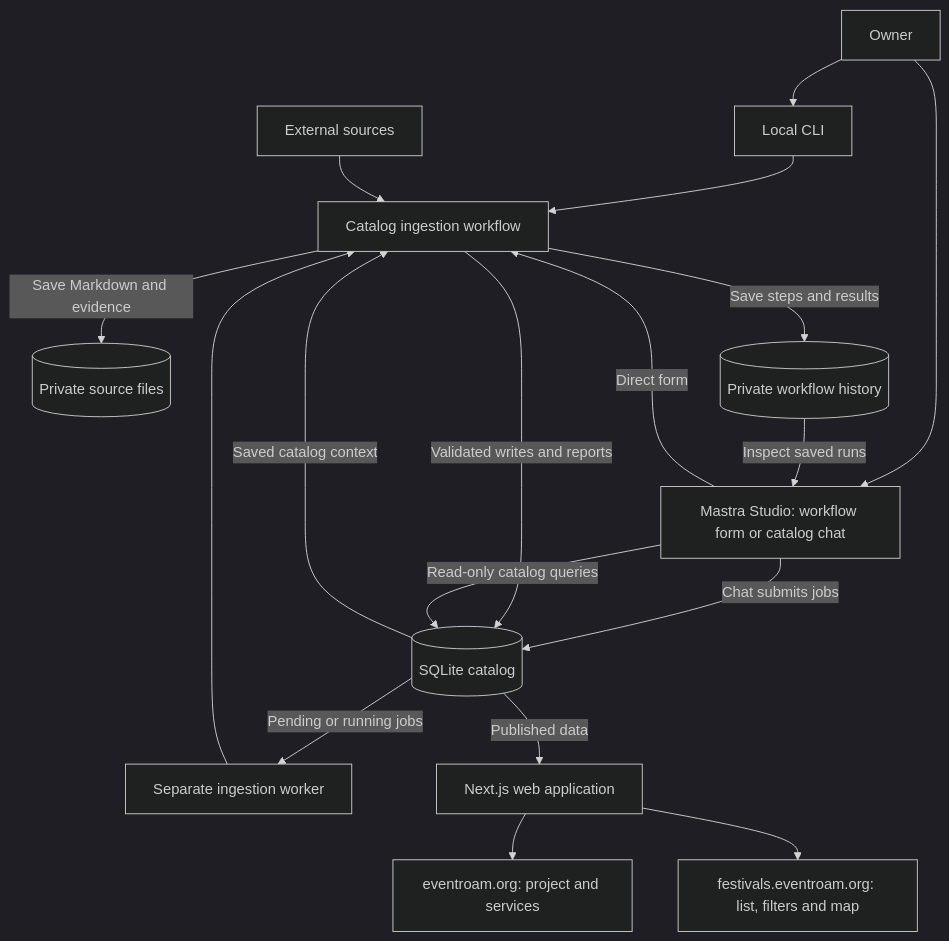
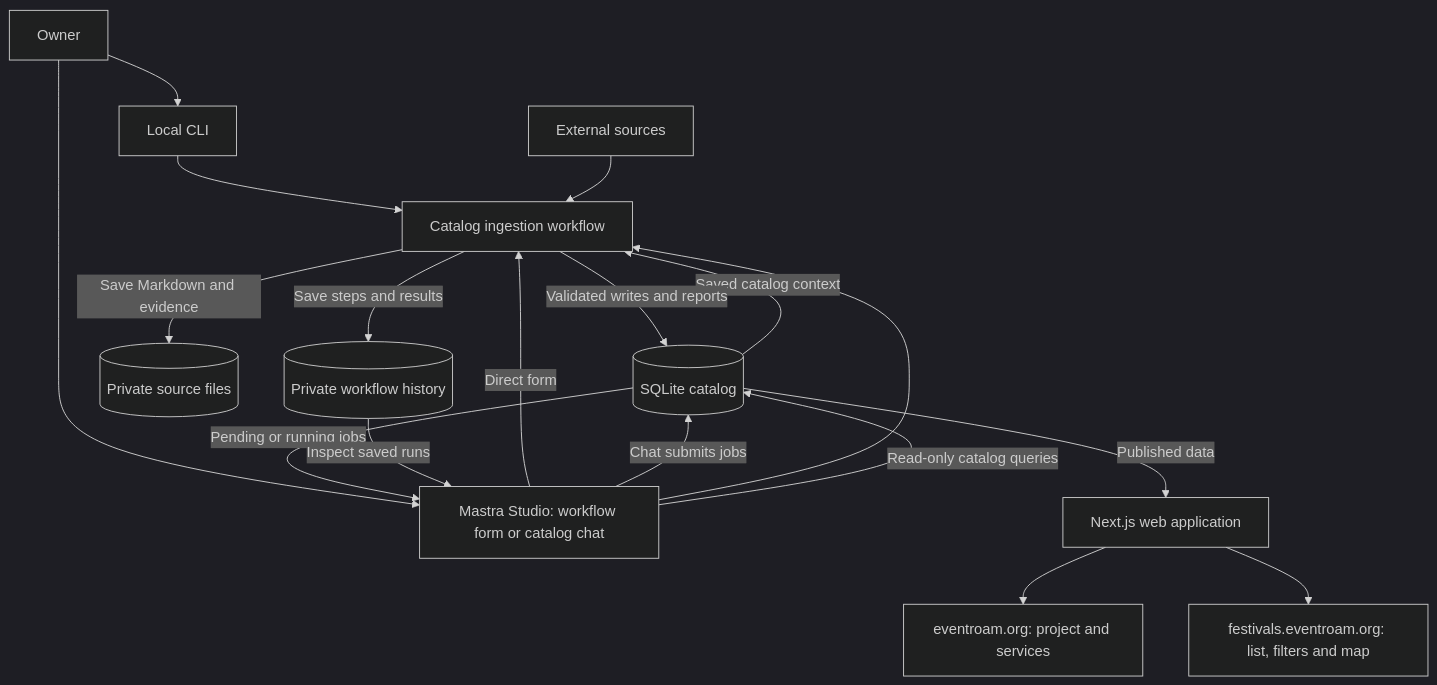
Before and after one commit to alex-karo/eventroam: the first of 2 diagrams in README.md, drawn with Mermaid (dark theme). The commit also changed other lines of this file and 37 other files, not shown here.

Commit message:
refactor(ingestion): run queued workflows in Mastra Studio (#82)

````diff
--- a/README.md
+++ b/README.md
@@ -18,20 +18,20 @@
 ```mermaid
 flowchart TD
     Owner[Owner] --> CLI[Local CLI]
     Owner --> Studio[Mastra Studio: workflow form or catalog chat]
     CLI --> Ingestion[Catalog ingestion workflow]
     Studio -->|Direct form| Ingestion
     Studio -->|Chat submits jobs| DB[(SQLite catalog)]
-    DB -->|Pending or running jobs| Worker[Separate ingestion worker]
-    Worker --> Ingestion
+    DB -->|Pending or running jobs| Studio
+    Studio --> Ingestion
     Sources[External sources] --> Ingestion
     DB -->|Saved catalog context| Ingestion
     Ingestion -->|Validated writes and reports| DB
     Ingestion -->|Save Markdown and evidence| Evidence[(Private source files)]
     Ingestion -->|Save steps and results| History[(Private workflow history)]
     History -->|Inspect saved runs| Studio
     Studio -->|Read-only catalog queries| DB
     DB -->|Published data| Web[Next.js web application]
     Web --> Apex[eventroam.org: project and services]
     Web --> Festivals[festivals.eventroam.org: list, filters and map]
 ```
````
